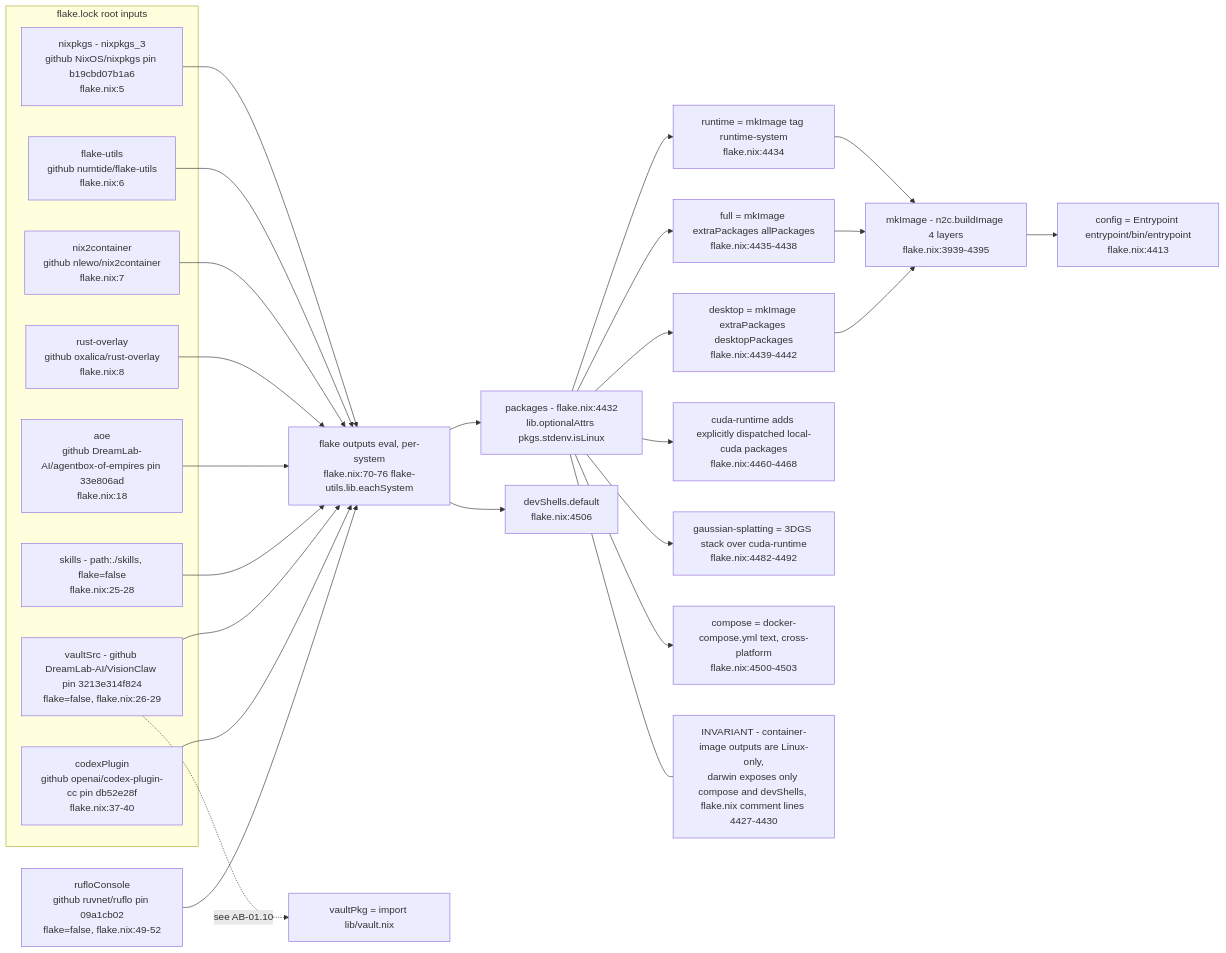
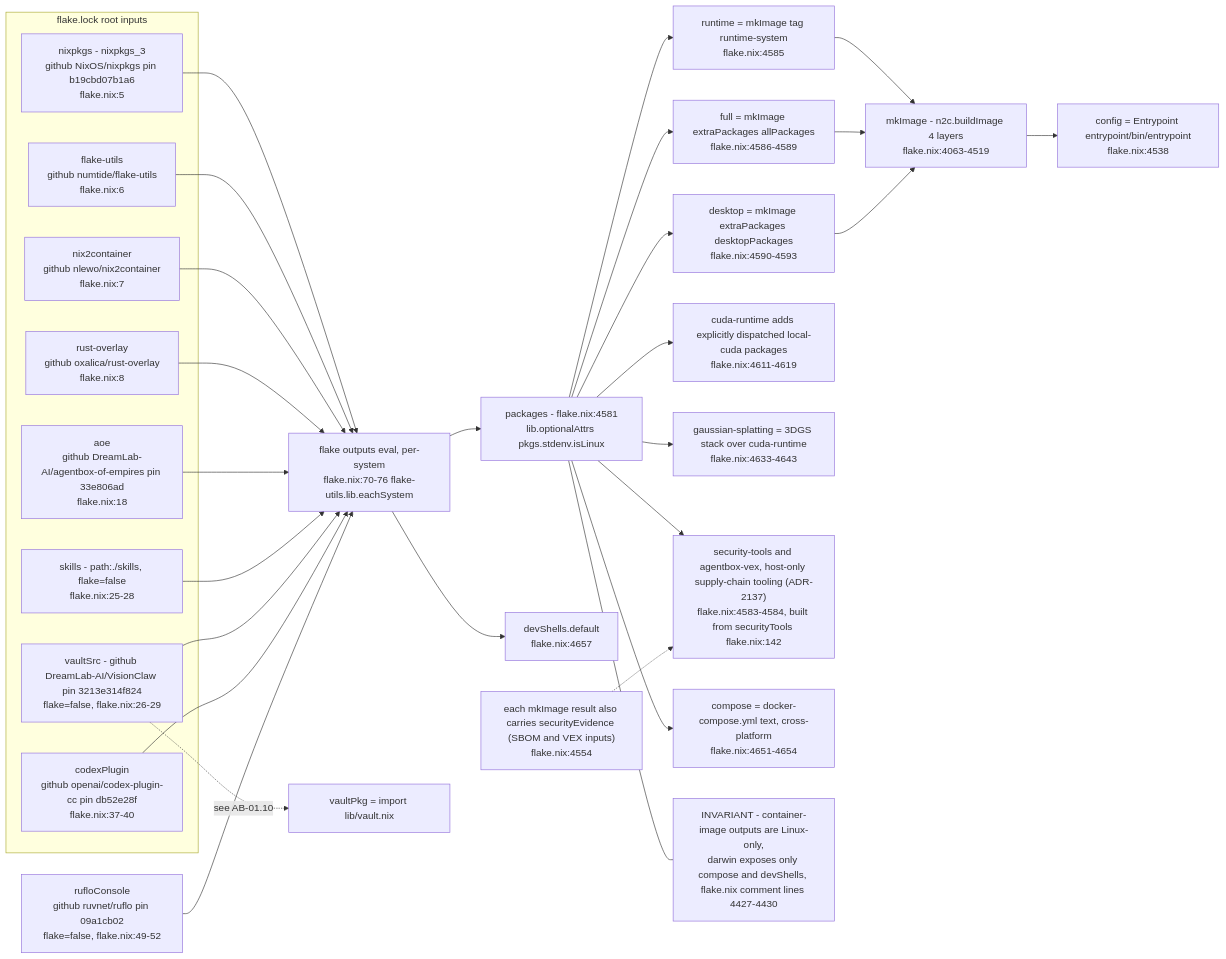
Before and after one commit to DreamLab-AI/VisionFlow: the eighth of 10 diagrams in docs/diagrams/agentbox/01-nix-flake-composition.md, drawn with Mermaid. The commit also changed other lines of this file and 80 other files, not shown here.

First line of the commit message:
docs(diagrams): re-verify the agentbox, dreamlab, estate and visionflow corpus against current sources

````diff
--- a/docs/diagrams/agentbox/01-nix-flake-composition.md
+++ b/docs/diagrams/agentbox/01-nix-flake-composition.md
@@ -349,44 +363,46 @@
 ```mermaid
 flowchart LR
     subgraph INPUTS["flake.lock root inputs"]
         NIXPKGS["nixpkgs - nixpkgs_3<br/>github NixOS/nixpkgs pin b19cbd07b1a6<br/>flake.nix:5"]
         FU["flake-utils<br/>github numtide/flake-utils<br/>flake.nix:6"]
         N2C["nix2container<br/>github nlewo/nix2container<br/>flake.nix:7"]
         RO["rust-overlay<br/>github oxalica/rust-overlay<br/>flake.nix:8"]
         AOE["aoe<br/>github DreamLab-AI/agentbox-of-empires pin 33e806ad<br/>flake.nix:18"]
         SKILLS["skills - path:./skills, flake=false<br/>flake.nix:25-28"]
         VAULTSRC["vaultSrc - github DreamLab-AI/VisionClaw pin 3213e314f824<br/>flake=false, flake.nix:26-29"]
         CODEX["codexPlugin<br/>github openai/codex-plugin-cc pin db52e28f<br/>flake.nix:37-40"]
     end
 
     NIXPKGS --> EVAL["flake outputs eval, per-system<br/>flake.nix:70-76 flake-utils.lib.eachSystem"]
     FU --> EVAL
     N2C --> EVAL
     RO --> EVAL
     AOE --> EVAL
     SKILLS --> EVAL
     VAULTSRC --> EVAL
     CODEX --> EVAL
     RUFLO["rufloConsole<br/>github ruvnet/ruflo pin 09a1cb02<br/>flake=false, flake.nix:49-52"]
     RUFLO --> EVAL
 
-    EVAL --> PACKAGES["packages - flake.nix:4432<br/>lib.optionalAttrs pkgs.stdenv.isLinux"]
-    EVAL --> DEVSHELL["devShells.default<br/>flake.nix:4506"]
+    EVAL --> PACKAGES["packages - flake.nix:4581<br/>lib.optionalAttrs pkgs.stdenv.isLinux"]
+    EVAL --> DEVSHELL["devShells.default<br/>flake.nix:4657"]
 
-    PACKAGES --> RUNTIME["runtime = mkImage tag runtime-system<br/>flake.nix:4434"]
-    PACKAGES --> FULL["full = mkImage extraPackages allPackages<br/>flake.nix:4435-4438"]
-    PACKAGES --> DESKTOP["desktop = mkImage extraPackages desktopPackages<br/>flake.nix:4439-4442"]
-    PACKAGES --> CUDART["cuda-runtime adds explicitly dispatched local-cuda packages<br/>flake.nix:4460-4468"]
-    PACKAGES --> GSPLAT["gaussian-splatting = 3DGS stack over cuda-runtime<br/>flake.nix:4482-4492"]
-    PACKAGES --> COMPOSE["compose = docker-compose.yml text, cross-platform<br/>flake.nix:4500-4503"]
+    PACKAGES --> RUNTIME["runtime = mkImage tag runtime-system<br/>flake.nix:4585"]
+    PACKAGES --> FULL["full = mkImage extraPackages allPackages<br/>flake.nix:4586-4589"]
+    PACKAGES --> DESKTOP["desktop = mkImage extraPackages desktopPackages<br/>flake.nix:4590-4593"]
+    PACKAGES --> CUDART["cuda-runtime adds explicitly dispatched local-cuda packages<br/>flake.nix:4611-4619"]
+    PACKAGES --> GSPLAT["gaussian-splatting = 3DGS stack over cuda-runtime<br/>flake.nix:4633-4643"]
+    PACKAGES --> SECTOOLS["security-tools and agentbox-vex, host-only supply-chain tooling (ADR-2137)<br/>flake.nix:4583-4584, built from securityTools flake.nix:142"]
+    MKIMG2["each mkImage result also carries securityEvidence (SBOM and VEX inputs)<br/>flake.nix:4554"] -.-> SECTOOLS
+    PACKAGES --> COMPOSE["compose = docker-compose.yml text, cross-platform<br/>flake.nix:4651-4654"]
 
-    RUNTIME --> MKIMG["mkImage - n2c.buildImage 4 layers<br/>flake.nix:3939-4395"]
+    RUNTIME --> MKIMG["mkImage - n2c.buildImage 4 layers<br/>flake.nix:4063-4519"]
     FULL --> MKIMG
     DESKTOP --> MKIMG
 
-    MKIMG --> ENTRYPOINT["config = Entrypoint entrypoint/bin/entrypoint<br/>flake.nix:4413"]
+    MKIMG --> ENTRYPOINT["config = Entrypoint entrypoint/bin/entrypoint<br/>flake.nix:4538"]
     VAULTSRC -.->|"see AB-01.10"| VAULTPKG["vaultPkg = import lib/vault.nix"]
 
     NOTE1["INVARIANT - container-image outputs are Linux-only,<br/>darwin exposes only compose and devShells, flake.nix comment lines 4427-4430"]
     PACKAGES --- NOTE1
 ```
````
